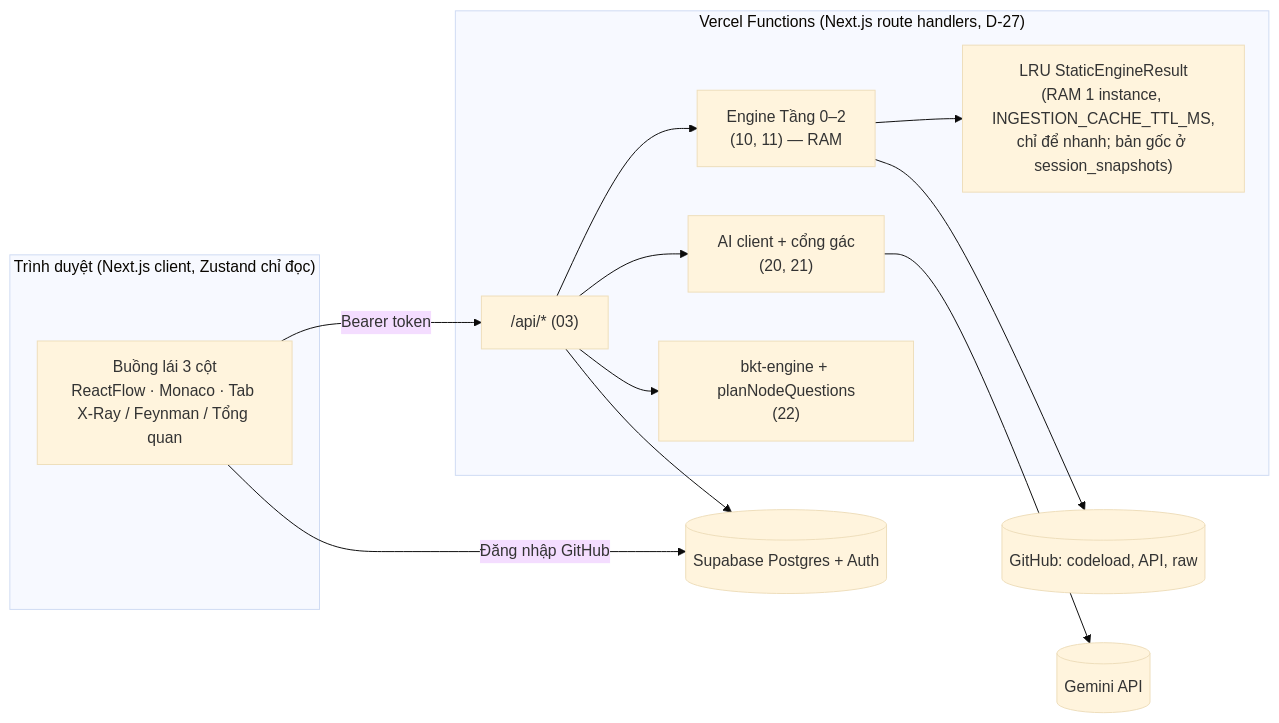
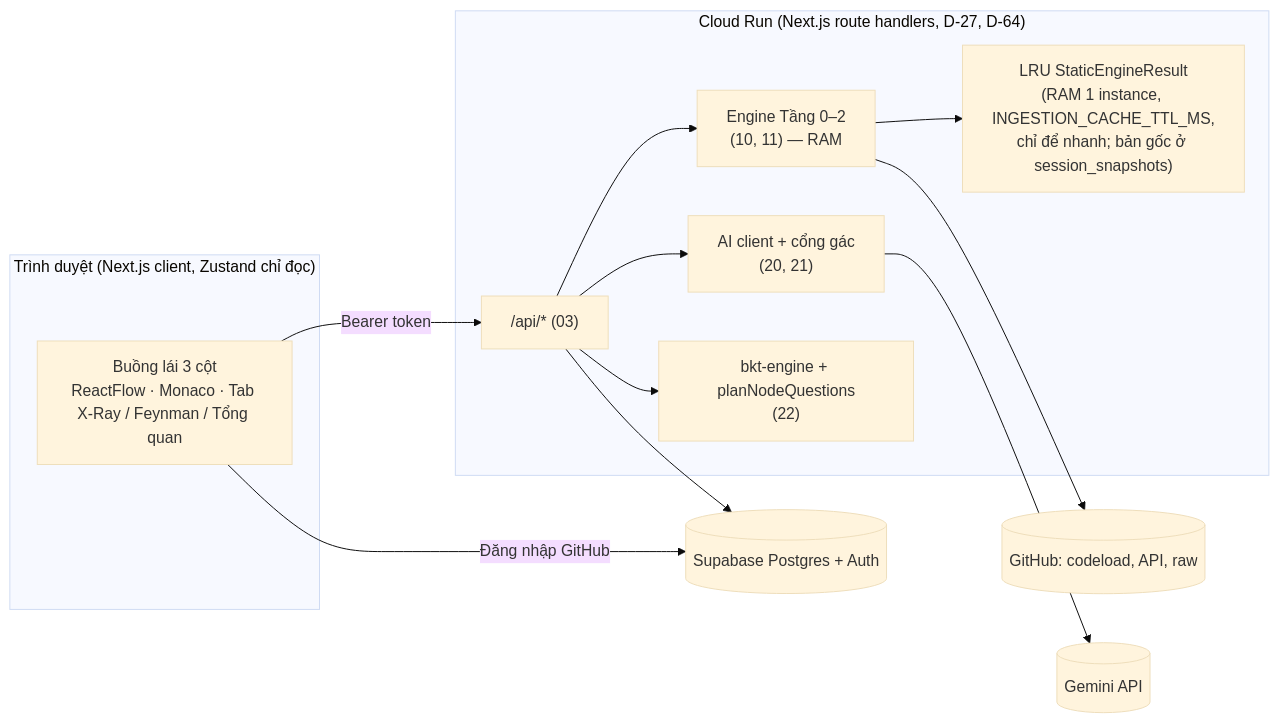
The first of 4 diagrams in spec/01_KIEN_TRUC_VA_LUONG.md (huynhthanhnhannnh-pixel/Hackathon_SGU), drawn with Mermaid (base theme) before and after one commit. The commit also changed other lines of this file and 12 other files, not shown here.

Commit message:
docs(spec): D-64, D-66 — Cloud Run làm host chính, Vertex AI, thêm spec/05 hạ tầng cloud

````diff
--- a/spec/01_KIEN_TRUC_VA_LUONG.md
+++ b/spec/01_KIEN_TRUC_VA_LUONG.md
@@ -41,23 +41,23 @@
 ```mermaid
 flowchart LR
     subgraph Browser["Trình duyệt (Next.js client, Zustand chỉ đọc)"]
         UI["Buồng lái 3 cột<br/>ReactFlow · Monaco · Tab X-Ray / Feynman / Tổng quan"]
     end
-    subgraph Server["Vercel Functions (Next.js route handlers, D-27)"]
+    subgraph Server["Cloud Run (Next.js route handlers, D-27, D-64)"]
         API["/api/* (03)"]
         ENG["Engine Tầng 0–2<br/>(10, 11) — RAM"]
         AI["AI client + cổng gác<br/>(20, 21)"]
         BKT["bkt-engine + planNodeQuestions<br/>(22)"]
         CACHE["LRU StaticEngineResult<br/>(RAM 1 instance, INGESTION_CACHE_TTL_MS,<br/>chỉ để nhanh; bản gốc ở session_snapshots)"]
     end
     GH[("GitHub: codeload, API, raw")]
     GEM[("Gemini API")]
     DB[("Supabase Postgres + Auth")]
     UI -- "Bearer token" --> API
     API --> ENG --> GH
     ENG --> CACHE
     API --> AI --> GEM
     API --> BKT
     API --> DB
     UI -- "Đăng nhập GitHub" --> DB
 ```
````
